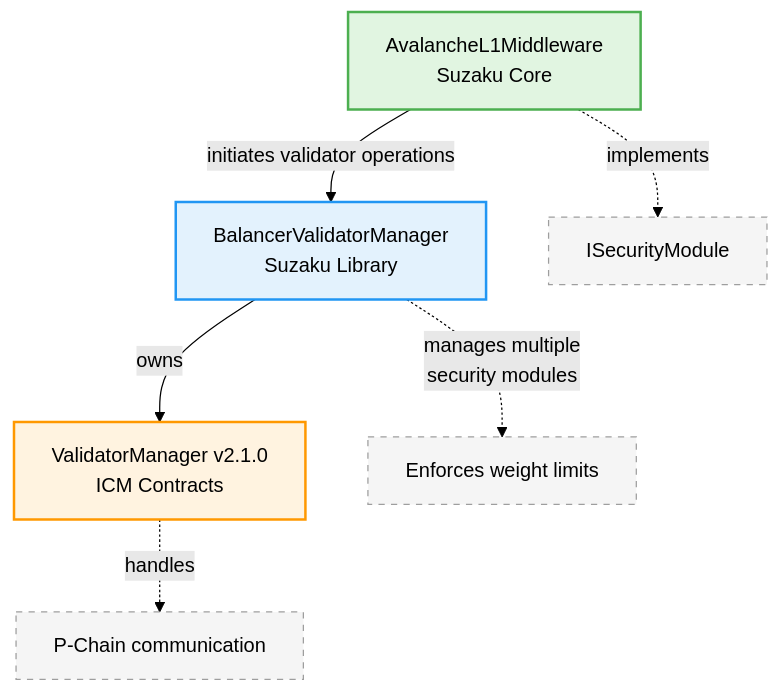
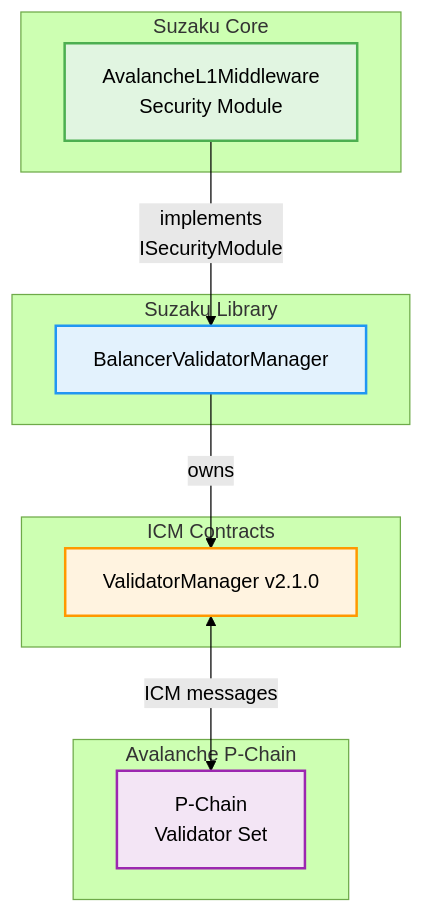
The diagram in README.md (suzaku-network/suzaku-core), drawn with Mermaid (forest theme) before and after one commit. The commit also changed 2 other files, not shown here.

````diff
--- a/README.md
+++ b/README.md
@@ -32,21 +32,32 @@
 ```mermaid
-graph TD
-    A[AvalancheL1Middleware<br/>Suzaku Core] -->|initiates validator operations| B[BalancerValidatorManager<br/>Suzaku Library]
-    B -->|owns| C[ValidatorManager v2.1.0<br/>ICM Contracts]
+graph TB
+    subgraph "Suzaku Core"
+        MW[AvalancheL1Middleware<br/>Security Module]
+    end
     
-    A:::security
-    B:::balancer
-    C:::icm
+    subgraph "Suzaku Library"
+        BVM[BalancerValidatorManager]
+    end
     
-    classDef security fill:#e1f5e1,stroke:#4caf50,stroke-width:2px
+    subgraph "ICM Contracts"
+        VM[ValidatorManager v2.1.0]
+    end
+    
+    subgraph "Avalanche P-Chain"
+        PC[P-Chain<br/>Validator Set]
+    end
+    
+    MW -->|"implements<br/>ISecurityModule"| BVM
+    BVM -->|"owns"| VM
+    VM <-->|"ICM messages"| PC
+    
+    MW:::middleware
+    BVM:::balancer
+    VM:::icm
+    PC:::pchain
+    
+    classDef middleware fill:#e1f5e1,stroke:#4caf50,stroke-width:2px
     classDef balancer fill:#e3f2fd,stroke:#2196f3,stroke-width:2px
     classDef icm fill:#fff3e0,stroke:#ff9800,stroke-width:2px
-    
-    A-.->|implements| D[ISecurityModule]
-    B-.->|manages multiple<br/>security modules| E[Enforces weight limits]
-    C-.->|handles| F[P-Chain communication]
-    
-    style D fill:#f5f5f5,stroke:#9e9e9e,stroke-dasharray: 5 5
-    style E fill:#f5f5f5,stroke:#9e9e9e,stroke-dasharray: 5 5
-    style F fill:#f5f5f5,stroke:#9e9e9e,stroke-dasharray: 5 5
+    classDef pchain fill:#f3e5f5,stroke:#9c27b0,stroke-width:2px
 ```
````
